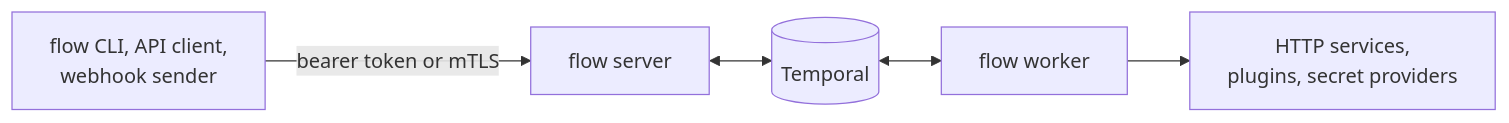
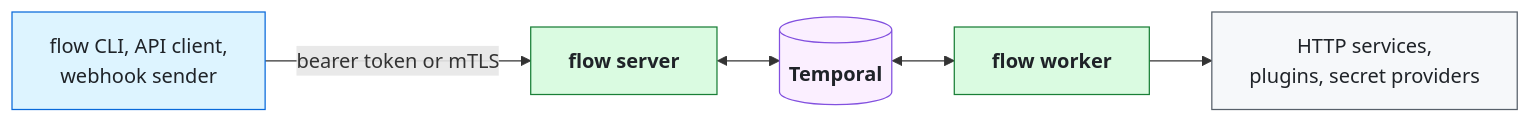
The first of 2 diagrams in docs/DEPLOYMENT.md (picatz/flowstate), drawn with Mermaid before and after one commit. The commit also changed other lines of this file and 14 other files, not shown here.

First line of the commit message:
docs: one diagram palette, and diagrams across the project (#2382)

````diff
--- a/docs/DEPLOYMENT.md
+++ b/docs/DEPLOYMENT.md
@@ -22,7 +22,22 @@
 ```mermaid
 flowchart LR
-  Caller["flow CLI, API client,<br/>webhook sender"] -->|"bearer token or mTLS"| Server["flow server"]
-  Server <--> Temporal[("Temporal")]
-  Temporal <--> Worker["flow worker"]
-  Worker --> Targets["HTTP services,<br/>plugins, secret providers"]
+  Caller["flow CLI, API client,<br/>webhook sender"]
+  Server["<b>flow server</b>"]
+  Temporal[("<b>Temporal</b>")]
+  Worker["<b>flow worker</b>"]
+  Targets["HTTP services,<br/>plugins, secret providers"]
+
+  Caller -->|"bearer token or mTLS"| Server
+  Server <--> Temporal
+  Temporal <--> Worker
+  Worker --> Targets
+
+  classDef authoring fill:#DDF4FF,stroke:#0969DA,color:#1F2328
+  classDef runtime fill:#DAFBE1,stroke:#1A7F37,color:#1F2328
+  classDef durable fill:#FBEFFF,stroke:#8250DF,color:#1F2328
+  classDef neutral fill:#F6F8FA,stroke:#57606A,color:#1F2328
+  class Caller authoring
+  class Server,Worker runtime
+  class Temporal durable
+  class Targets neutral
 ```
````
